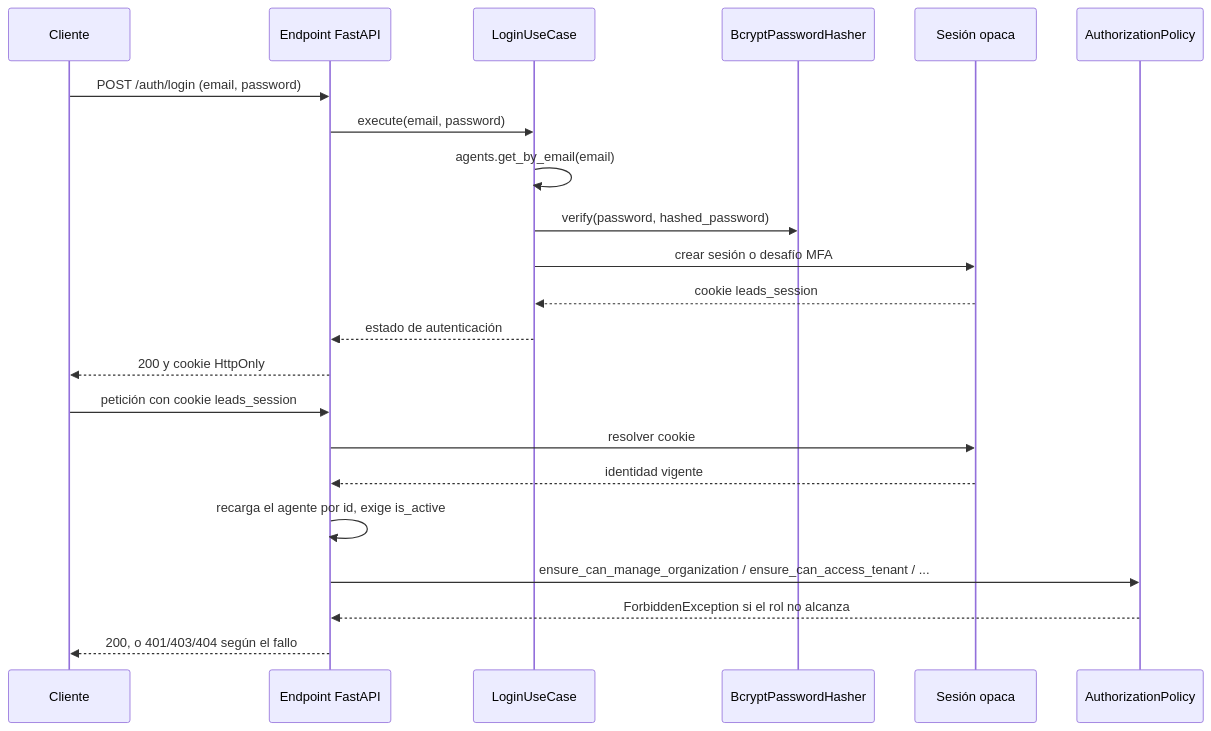
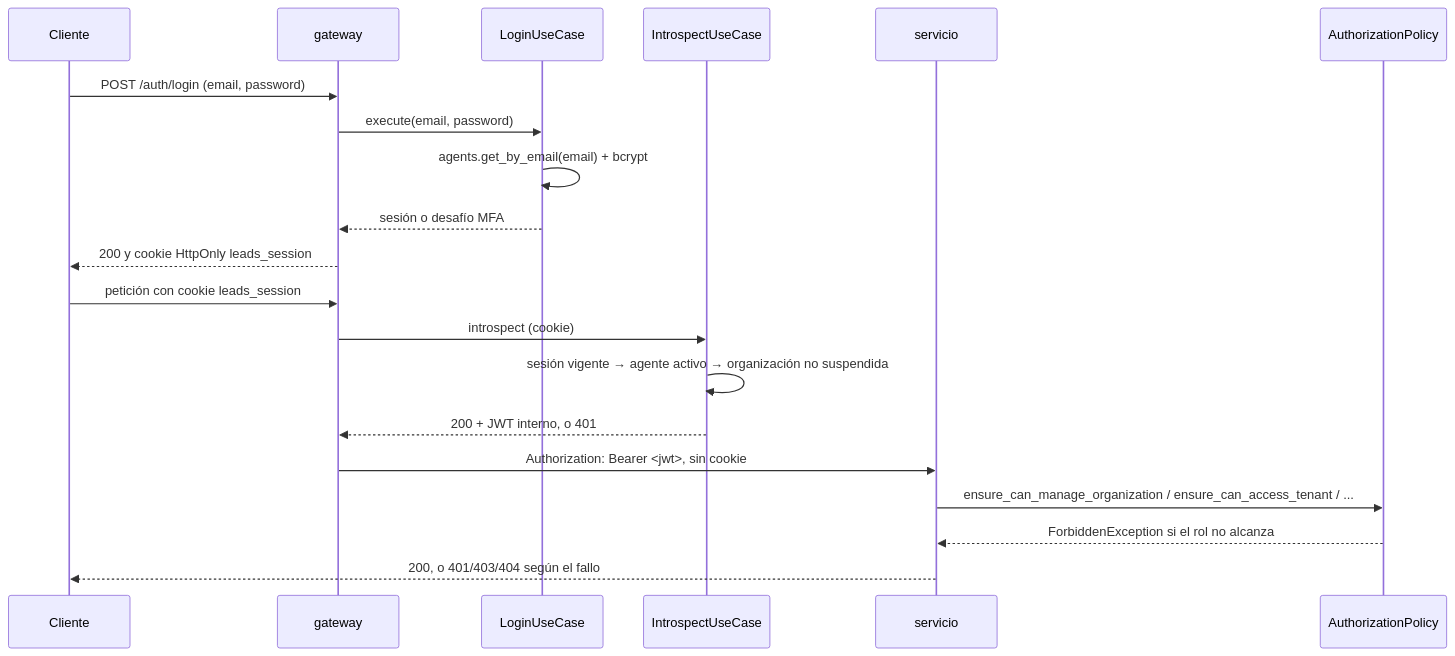
One commit to MDCIrony/leads-hexa changed the diagram in docs/content/modulos/identidad-y-acceso.md. Above: the diagram before and after it, drawn with Mermaid. The commit also changed other lines of this file and 31 other files, not shown here.

````diff
--- a/docs/content/modulos/identidad-y-acceso.md
+++ b/docs/content/modulos/identidad-y-acceso.md
@@ -34,26 +49,24 @@
 ```mermaid
 sequenceDiagram
     participant C as Cliente
-    participant API as Endpoint FastAPI
+    participant GW as gateway
     participant L as LoginUseCase
-    participant H as BcryptPasswordHasher
-    participant T as Sesión opaca
+    participant I as IntrospectUseCase
+    participant S as servicio
     participant P as AuthorizationPolicy
 
-    C->>API: POST /auth/login (email, password)
-    API->>L: execute(email, password)
-    L->>L: agents.get_by_email(email)
-    L->>H: verify(password, hashed_password)
-    L->>T: crear sesión o desafío MFA
-    T-->>L: cookie leads_session
-    L-->>API: estado de autenticación
-    API-->>C: 200 y cookie HttpOnly
+    C->>GW: POST /auth/login (email, password)
+    GW->>L: execute(email, password)
+    L->>L: agents.get_by_email(email) + bcrypt
+    L-->>GW: sesión o desafío MFA
+    GW-->>C: 200 y cookie HttpOnly leads_session
 
-    C->>API: petición con cookie leads_session
-    API->>T: resolver cookie
-    T-->>API: identidad vigente
-    API->>API: recarga el agente por id, exige is_active
-    API->>P: ensure_can_manage_organization / ensure_can_access_tenant / ...
-    P-->>API: ForbiddenException si el rol no alcanza
-    API-->>C: 200, o 401/403/404 según el fallo
+    C->>GW: petición con cookie leads_session
+    GW->>I: introspect (cookie)
+    I->>I: sesión vigente → agente activo → organización no suspendida
+    I-->>GW: 200 + JWT interno, o 401
+    GW->>S: Authorization: Bearer <jwt>, sin cookie
+    S->>P: ensure_can_manage_organization / ensure_can_access_tenant / ...
+    P-->>S: ForbiddenException si el rol no alcanza
+    S-->>C: 200, o 401/403/404 según el fallo
 ```
````
